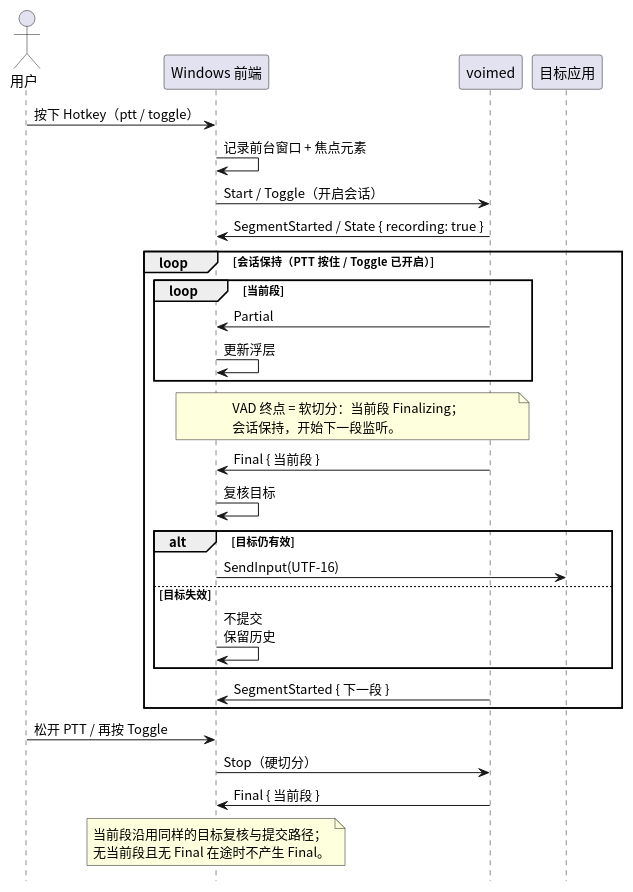
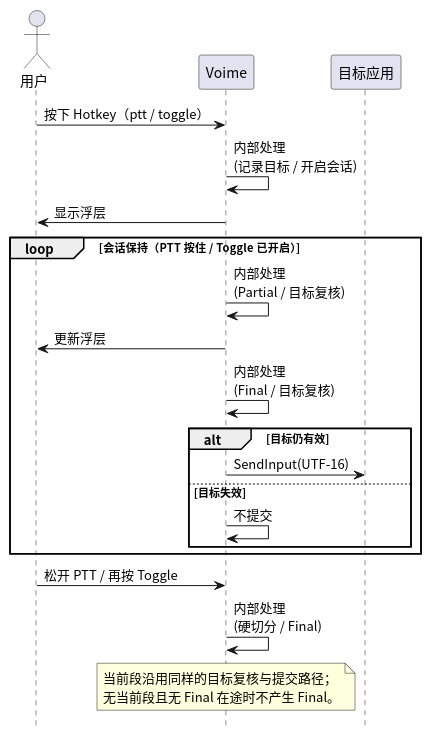
One commit to 54m43lJ/voime changed the diagram in frontends/windows/diagram/mvp-flow.puml. Above: the diagram before and after it, drawn with PlantUML. The commit also changed 65 other files, not shown here.

Commit message:
docs: 按 AUDIT 完成文档修订与图表清理

```diff
--- a/frontends/windows/diagram/mvp-flow.puml
+++ b/frontends/windows/diagram/mvp-flow.puml
@@ -1,45 +1,32 @@
 @startuml
 skinparam defaultFontName "Noto Sans CJK SC"
 skinparam shadowing false
 hide footbox
 
 actor "用户" as User
-participant "Windows 前端" as Frontend
-participant "voimed" as Daemon
+participant "Voime" as Voime
 participant "目标应用" as App
 
-User -> Frontend : 按下 Hotkey（ptt / toggle）
-Frontend -> Frontend : 记录前台窗口 + 焦点元素
-Frontend -> Daemon : Start / Toggle（开启会话）
-Daemon -> Frontend : SegmentStarted / State { recording: true }
+User -> Voime : 按下 Hotkey（ptt / toggle）
+Voime -> Voime : 内部处理\n(记录目标 / 开启会话)
+Voime -> User : 显示浮层
 
 loop 会话保持（PTT 按住 / Toggle 已开启）
-  loop 当前段
-    Daemon -> Frontend : Partial
-    Frontend -> Frontend : 更新浮层
+  Voime -> Voime : 内部处理\n(Partial / 目标复核)
+  Voime -> User : 更新浮层
+  Voime -> Voime : 内部处理\n(Final / 目标复核)
+  alt 目标仍有效
+    Voime -> App : SendInput(UTF-16)
+  else 目标失效
+    Voime -> Voime : 不提交
   end
-
-  note over Frontend, Daemon
-    VAD 终点 = 软切分：当前段 Finalizing；
-    会话保持，开始下一段监听。
-  end note
-
-  Daemon -> Frontend : Final { 当前段 }
-  Frontend -> Frontend : 复核目标
-  alt 目标仍有效
-    Frontend -> App : SendInput(UTF-16)
-  else 目标失效
-    Frontend -> Frontend : 不提交\n保留历史
-  end
-  Daemon -> Frontend : SegmentStarted { 下一段 }
 end
 
-User -> Frontend : 松开 PTT / 再按 Toggle
-Frontend -> Daemon : Stop（硬切分）
-Daemon -> Frontend : Final { 当前段 }
+User -> Voime : 松开 PTT / 再按 Toggle
+Voime -> Voime : 内部处理\n(硬切分 / Final)
 
-note over Frontend
+note over Voime
   当前段沿用同样的目标复核与提交路径；
   无当前段且无 Final 在途时不产生 Final。
 end note
 @enduml
```
